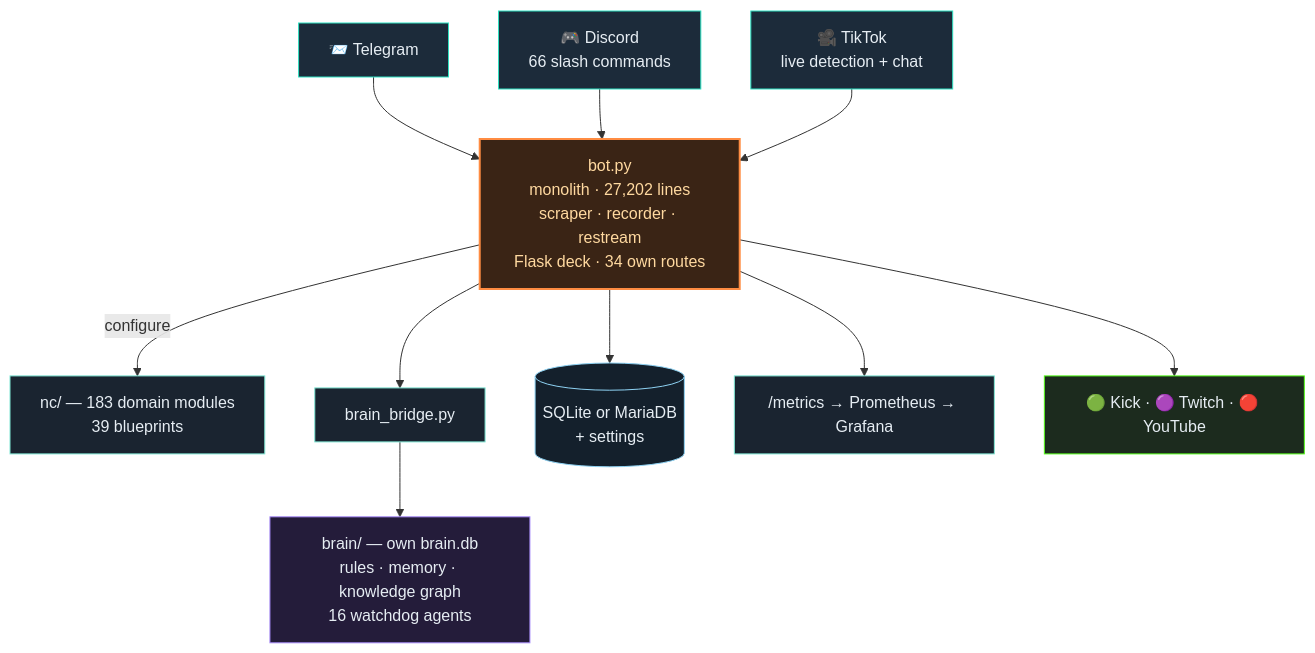
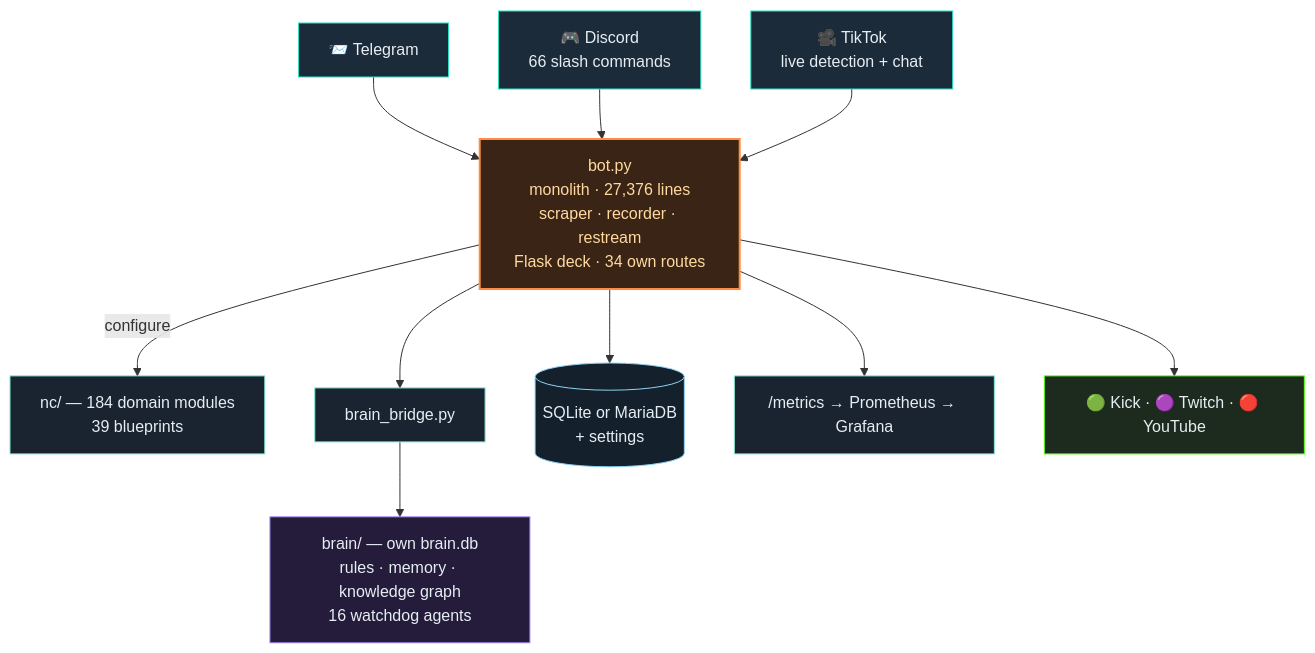
One commit to itsamemedev/Telegram-Stream-Info-Bot changed the second of 3 diagrams in README.en.md. Above: the diagram before and after it, drawn with Mermaid. The commit also changed other lines of this file and 21 other files, not shown here.

````diff
--- a/README.en.md
+++ b/README.en.md
@@ -119,19 +119,19 @@
 ```mermaid
 flowchart TB
     TG["📨 Telegram"]:::ein --> BOT
     DC["🎮 Discord<br/>66 slash commands"]:::ein --> BOT
     TT["🎥 TikTok<br/>live detection + chat"]:::ein --> BOT
-    BOT["bot.py<br/>monolith · 27,202 lines<br/>scraper · recorder · restream<br/>Flask deck · 34 own routes"]:::core
-    BOT -->|configure| NC["nc/ — 183 domain modules<br/>39 blueprints"]:::lib
+    BOT["bot.py<br/>monolith · 27,376 lines<br/>scraper · recorder · restream<br/>Flask deck · 34 own routes"]:::core
+    BOT -->|configure| NC["nc/ — 184 domain modules<br/>39 blueprints"]:::lib
     BOT --> BR["brain_bridge.py"]:::lib
     BR --> BRAIN["brain/ — own brain.db<br/>rules · memory · knowledge graph<br/>16 watchdog agents"]:::brain
     BOT --> DB[("SQLite or MariaDB<br/>+ settings")]:::db
     BOT --> PROM["/metrics → Prometheus → Grafana"]:::lib
     BOT --> OUT["🟢 Kick · 🟣 Twitch · 🔴 YouTube"]:::out
     classDef ein fill:#1c2b3a,stroke:#2de1c2,color:#e6edf3
     classDef core fill:#3a2415,stroke:#ff8c42,stroke-width:2px,color:#ffd9a0
     classDef lib fill:#1a2430,stroke:#7fe7d4,color:#e6edf3
     classDef brain fill:#241c3a,stroke:#a78bfa,color:#e6edf3
     classDef db fill:#14202c,stroke:#8fd3f4,color:#e6edf3
     classDef out fill:#1c2b1e,stroke:#53fc18,color:#e6edf3
 ```
````
